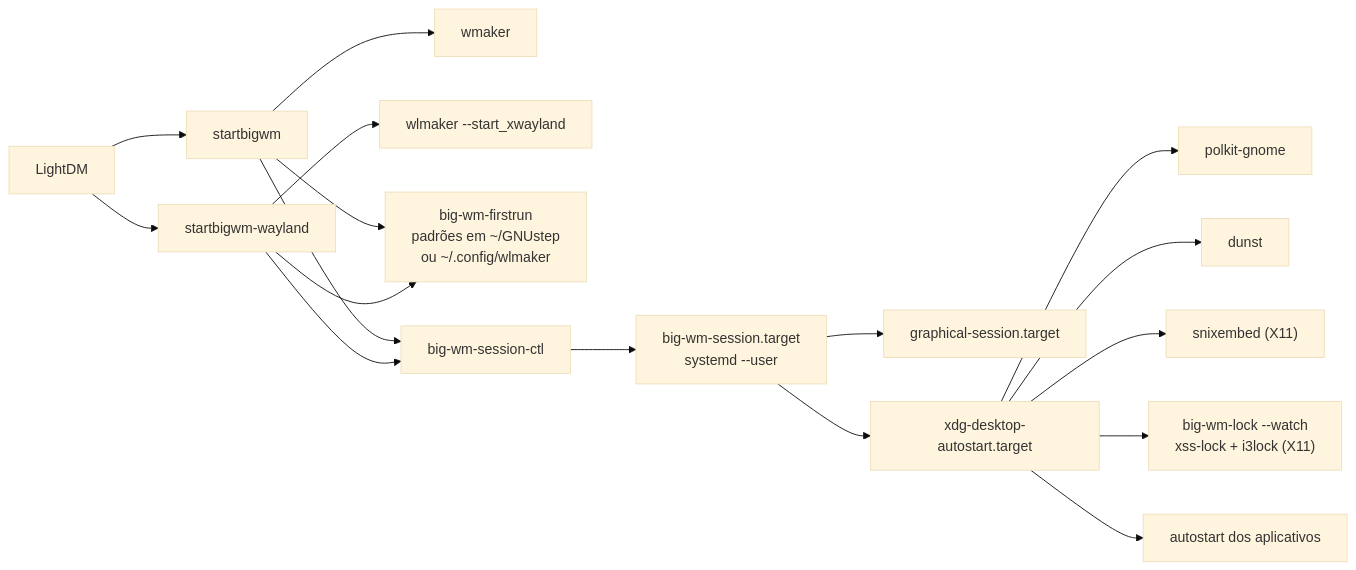
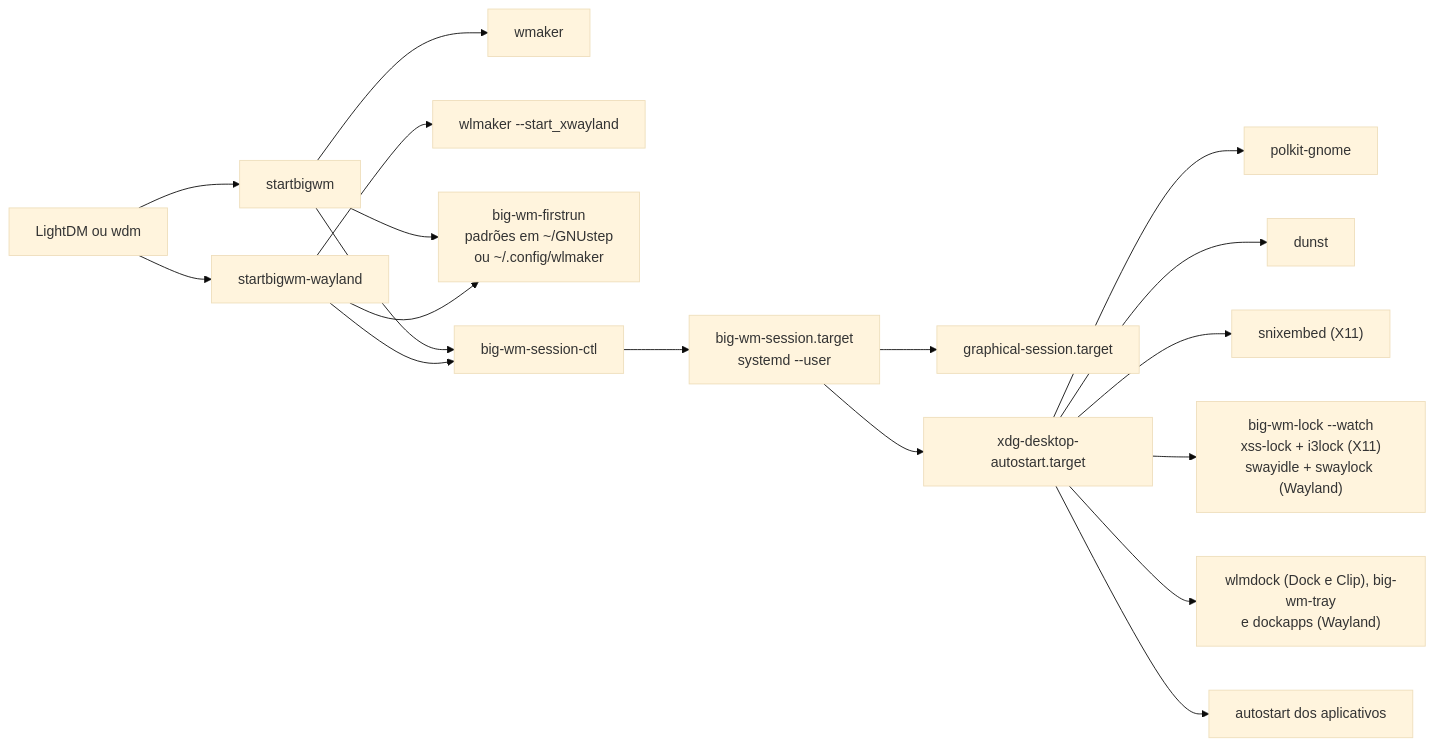
One commit to big-windowmaker/big-wm changed the diagram in README.md. Above: the diagram before and after it, drawn with Mermaid (base theme). The commit also changed other lines of this file and 1 other file, not shown here.

````diff
--- a/README.md
+++ b/README.md
@@ -116,15 +118,16 @@
 ```mermaid
 flowchart LR
-  DM[LightDM] --> X[startbigwm] --> WM[wmaker]
+  DM[LightDM ou wdm] --> X[startbigwm] --> WM[wmaker]
   DM --> W[startbigwm-wayland] --> WL["wlmaker --start_xwayland"]
   X & W --> FR[big-wm-firstrun<br/>padrões em ~/GNUstep<br/>ou ~/.config/wlmaker]
   X & W --> SC[big-wm-session-ctl]
   SC --> T[big-wm-session.target<br/>systemd --user]
   T --> GS[graphical-session.target]
   T --> AS[xdg-desktop-autostart.target]
   AS --> P[polkit-gnome]
   AS --> N[dunst]
   AS --> TR["snixembed (X11)"]
-  AS --> L["big-wm-lock --watch<br/>xss-lock + i3lock (X11)"]
+  AS --> L["big-wm-lock --watch<br/>xss-lock + i3lock (X11)<br/>swayidle + swaylock (Wayland)"]
+  AS --> WD["wlmdock (Dock e Clip), big-wm-tray<br/>e dockapps (Wayland)"]
   AS --> APPS[autostart dos aplicativos]
 ```
````
